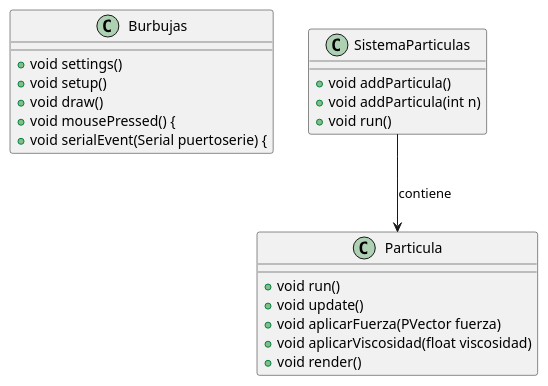
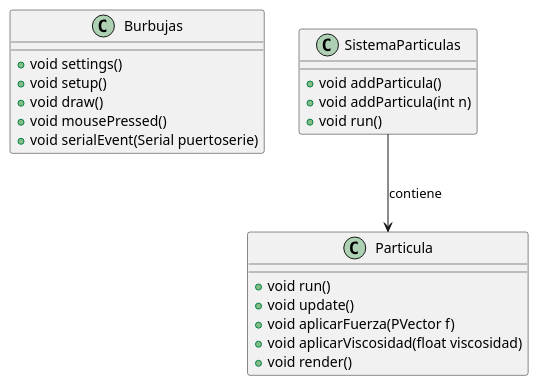
One commit to uma-dte-docencia/burbujas changed the diagram in doc/classes_diagram.puml. Above: the diagram before and after it, drawn with PlantUML. The commit also changed 1 other file, not shown here.

```diff
--- a/doc/classes_diagram.puml
+++ b/doc/classes_diagram.puml
@@ -1,29 +1,29 @@
 @startuml classes_processing
 
 ' Declaración de las clases en Processing
 class Burbujas {
     +void settings()
     +void setup()
     +void draw()
-    +void mousePressed() {
-    +void serialEvent(Serial puertoserie) {
+    +void mousePressed()
+    +void serialEvent(Serial puertoserie)
 }
 
 class Particula {
     +void run()
     +void update()
-    +void aplicarFuerza(PVector fuerza)
+    +void aplicarFuerza(PVector f)
     +void aplicarViscosidad(float viscosidad)
     +void render()
 }
 
 class SistemaParticulas {
     +void addParticula()
     +void addParticula(int n)
     +void run()
 }
 
 ' Relaciones entre las clases
 SistemaParticulas --> Particula : contiene
 
 @enduml
```
